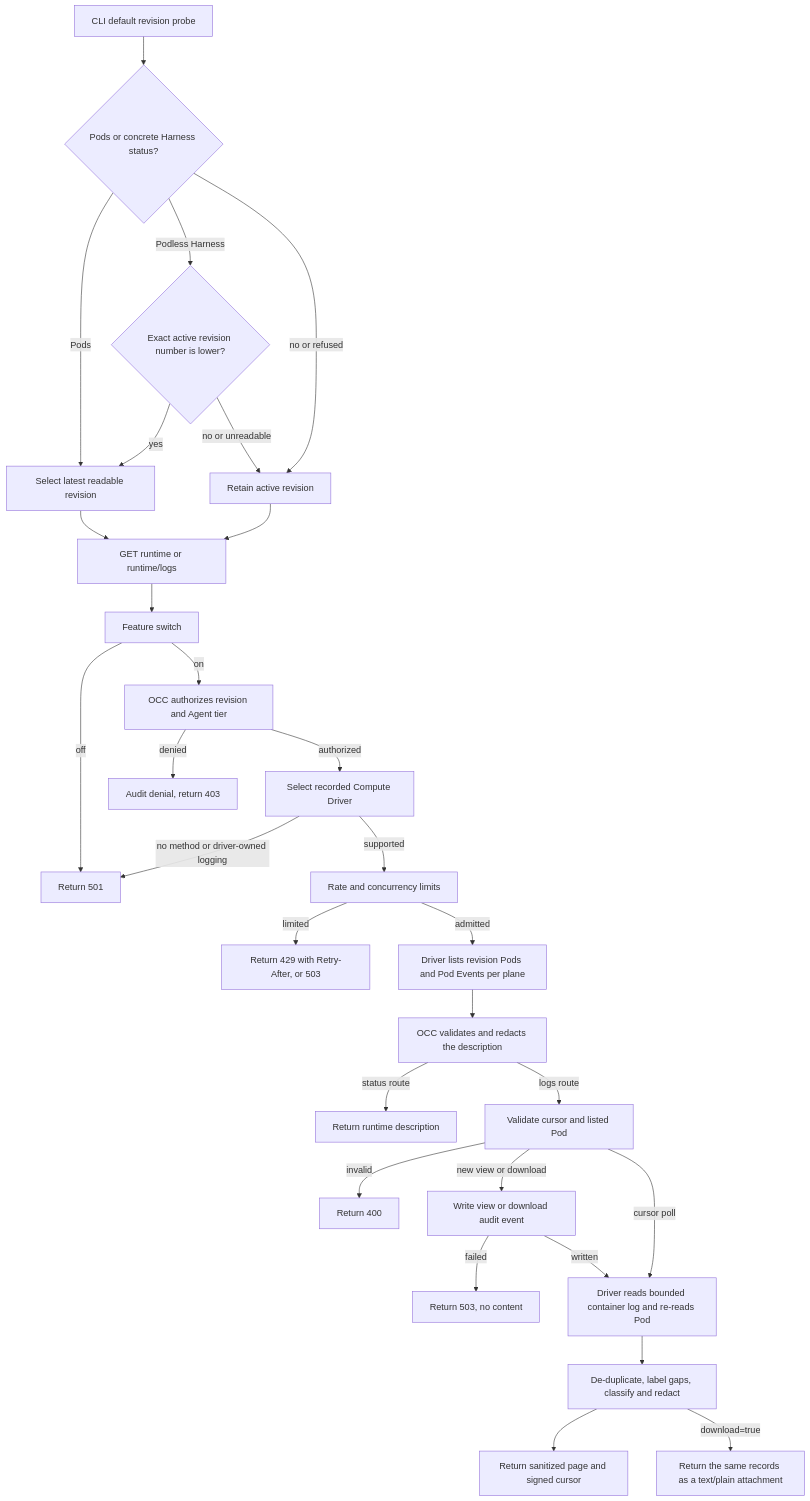
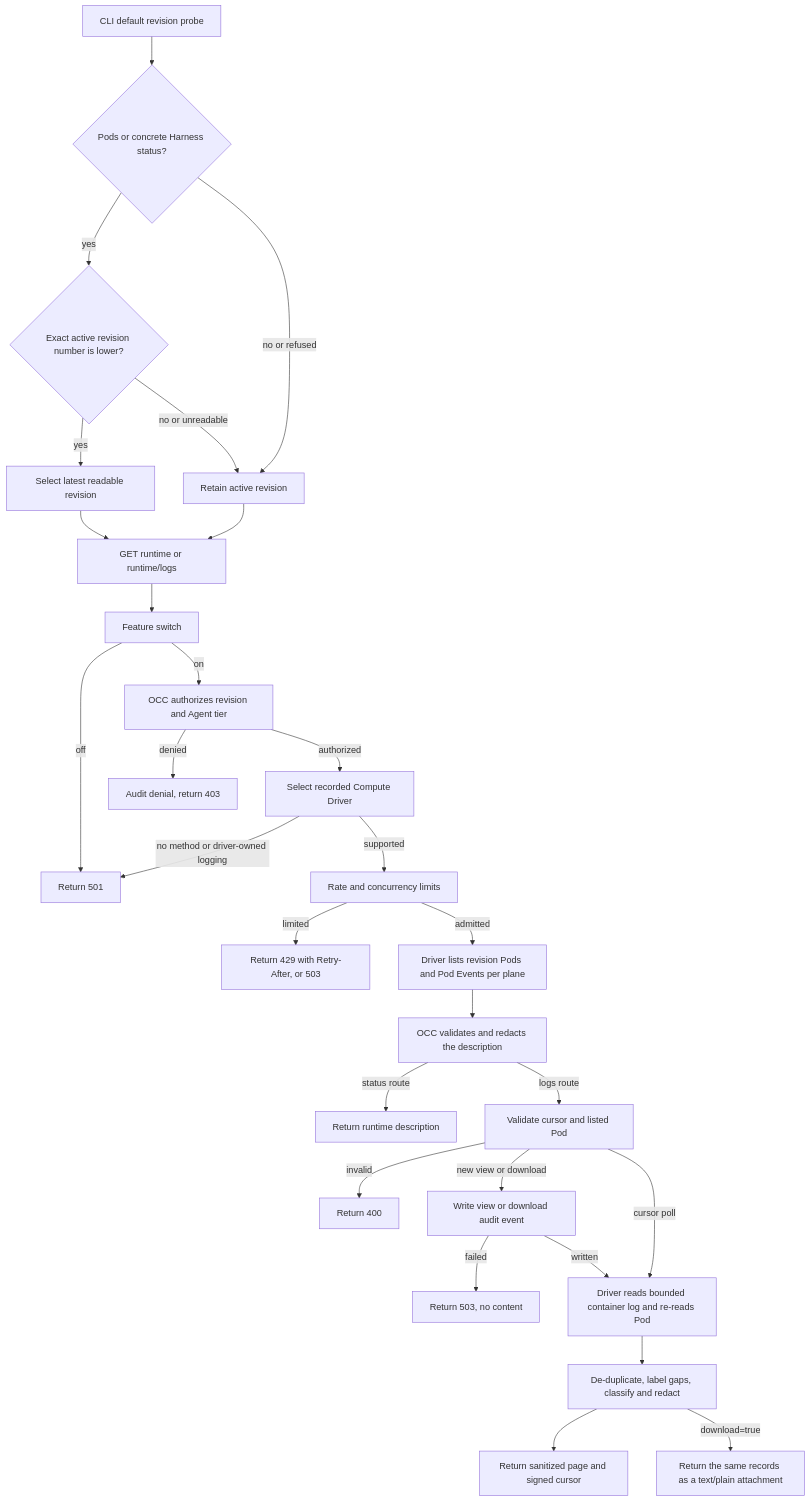
One commit to ericcaiwx-star/openclaw-enterprise changed the diagram in docs/flows/agent-runtime-logs.md. Above: the diagram before and after it, drawn with Mermaid. The commit also changed other lines of this file and 3 other files, not shown here.

````diff
--- a/docs/flows/agent-runtime-logs.md
+++ b/docs/flows/agent-runtime-logs.md
@@ -33,31 +33,30 @@
 ```mermaid
 graph TD
   V["CLI default revision probe"] --> W{"Pods or concrete Harness status?"}
-  W -->|Pods| X["Select latest readable revision"]
-  W -->|Podless Harness| Z{"Exact active revision number is lower?"}
-  Z -->|yes| X
+  W -->|yes| Z{"Exact active revision number is lower?"}
+  Z -->|yes| X["Select latest readable revision"]
   Z -->|no or unreadable| Y
   W -->|no or refused| Y["Retain active revision"]
   X --> A["GET runtime or runtime/logs"]
   Y --> A
   A --> B["Feature switch"]
   B -->|off| C["Return 501"]
   B -->|on| E["OCC authorizes revision and Agent tier"]
   E -->|denied| F["Audit denial, return 403"]
   E -->|authorized| G["Select recorded Compute Driver"]
   G -->|no method or driver-owned logging| C
   G -->|supported| S["Rate and concurrency limits"]
   S -->|limited| D["Return 429 with Retry-After, or 503"]
   S -->|admitted| H["Driver lists revision Pods and Pod Events per plane"]
   H --> I["OCC validates and redacts the description"]
   I -->|status route| J["Return runtime description"]
   I -->|logs route| K["Validate cursor and listed Pod"]
   K -->|invalid| L["Return 400"]
   K -->|new view or download| M["Write view or download audit event"]
   M -->|failed| N["Return 503, no content"]
   M -->|written| O["Driver reads bounded container log and re-reads Pod"]
   K -->|cursor poll| O
   O --> P["De-duplicate, label gaps, classify and redact"]
   P --> Q["Return sanitized page and signed cursor"]
   P -->|download=true| R["Return the same records as a text/plain attachment"]
 ```
````
